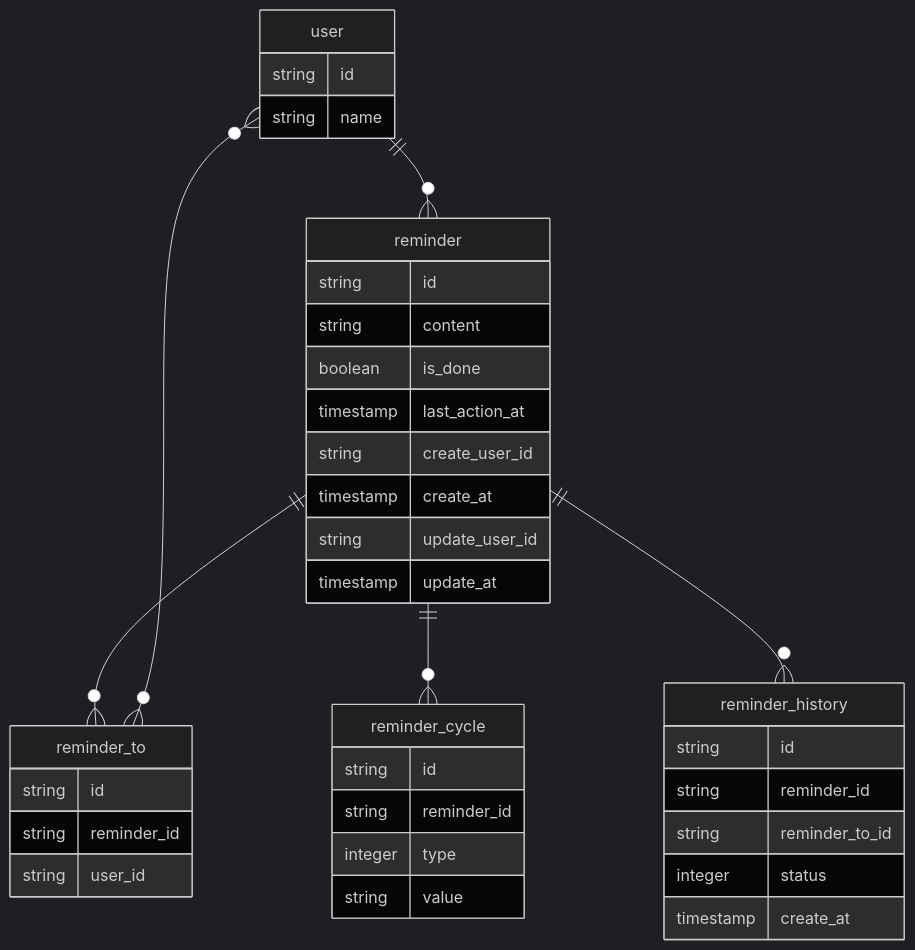
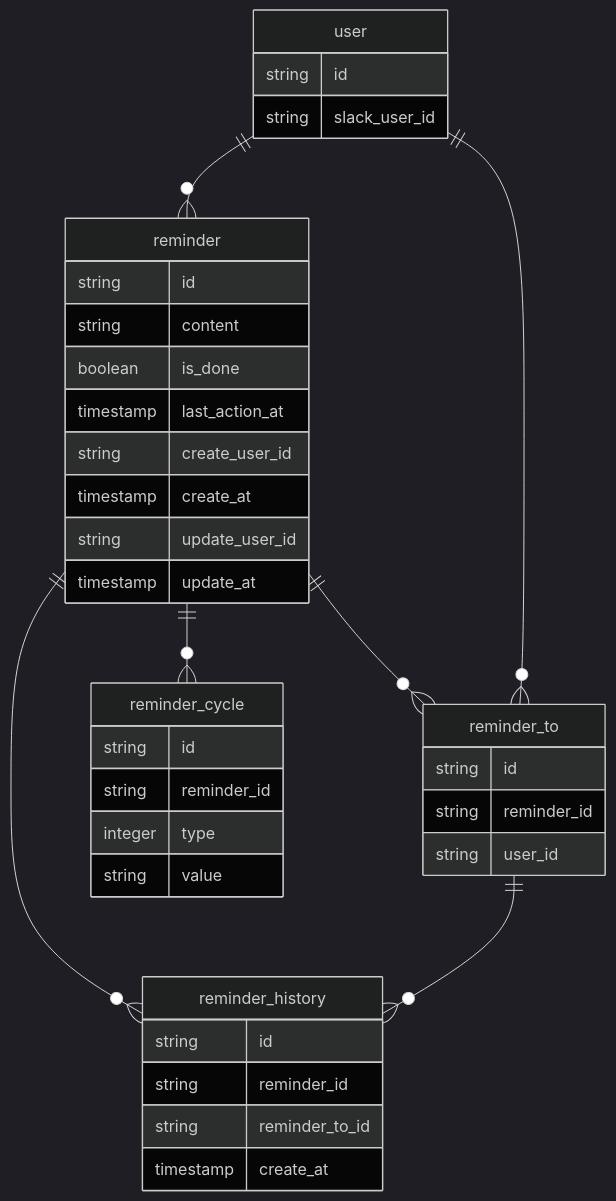
Before and after one commit to nyuusen/praha-challenge: the diagram in db-modeling-4/README.md, drawn with Mermaid (dark theme). The commit also changed other lines of this file, not shown here.

Commit message:
change: レビュー指摘内容を改善

````diff
--- a/db-modeling-4/README.md
+++ b/db-modeling-4/README.md
@@ -4,45 +4,45 @@
 ```mermaid
 erDiagram
 user ||--o{ reminder: ""
 reminder ||--o{ reminder_to: ""
 reminder ||--o{ reminder_cycle: ""
 reminder ||--o{ reminder_history: ""
-user }o--o{ reminder_to: ""
+reminder_to ||--o{ reminder_history: ""
+user ||--o{ reminder_to: ""
 
 user {
   string id
-  string name
+  string slack_user_id
 }
 
 reminder {
   string id
   string content
   boolean is_done
   timestamp last_action_at
   string create_user_id
   timestamp create_at
   string update_user_id
   timestamp update_at
 }
 
 reminder_cycle {
   string id
   string reminder_id
   integer type
   string value
 }
 
 reminder_to {
   string id
   string reminder_id
   string user_id
 }
 
 reminder_history {
   string id
   string reminder_id
   string reminder_to_id
-  integer status
   timestamp create_at
 }
 ```
````
